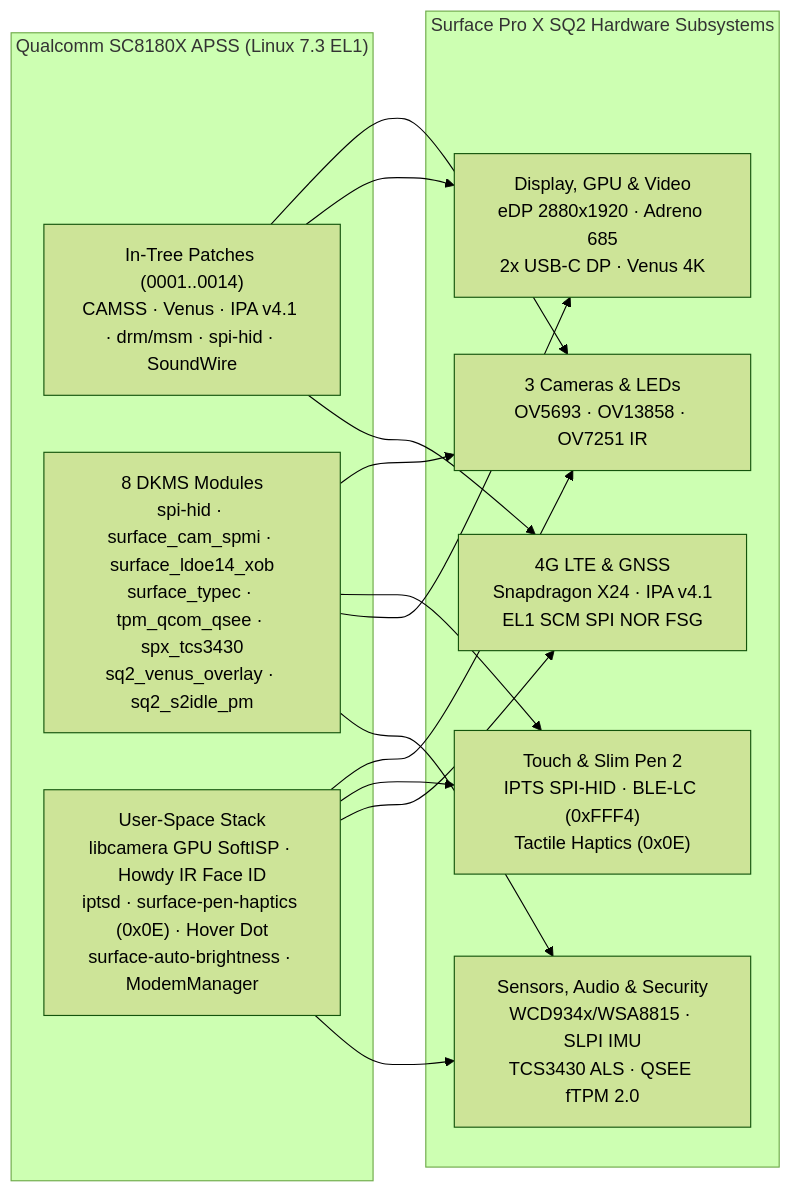
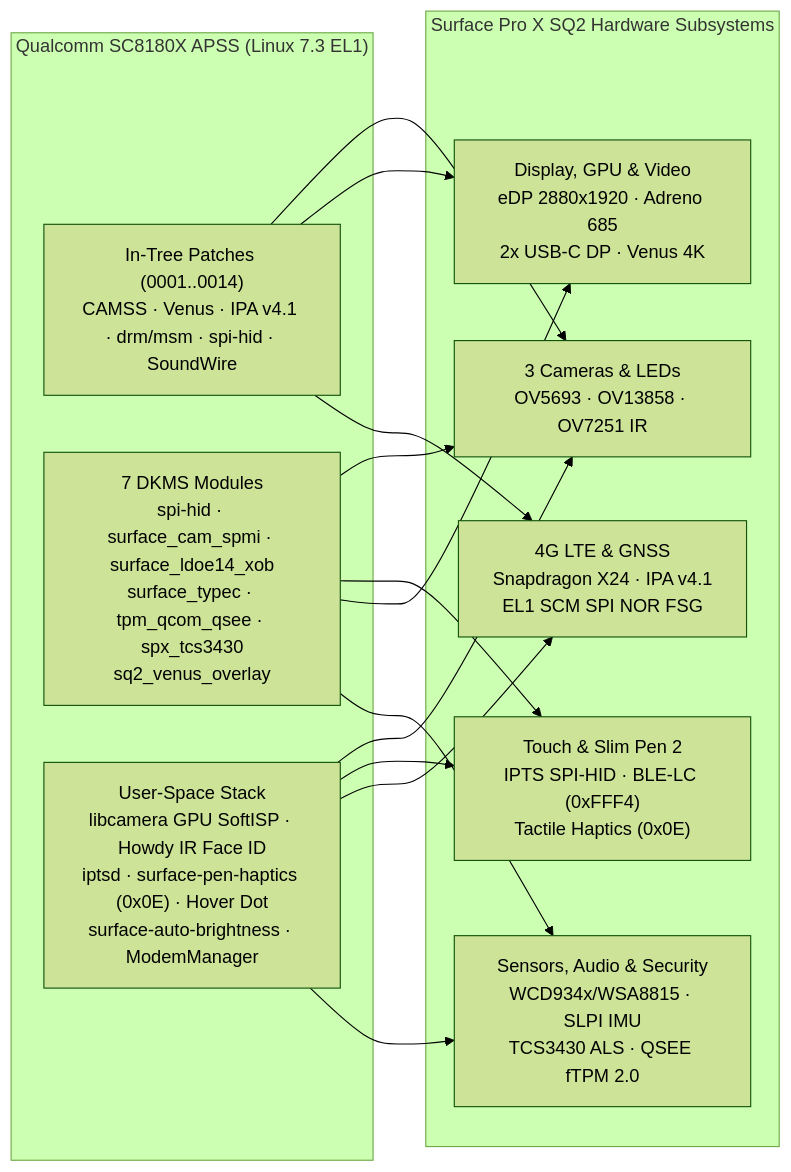
One commit to robertijtsma/surface-pro-x-sq2-linux changed the diagram in README.md. Above: the diagram before and after it, drawn with Mermaid (forest theme). The commit also changed other lines of this file and 16 other files, not shown here.

Commit message:
fix(power): remove broken sq2_s2idle_pm module (causes SC8180X GENI/SPI/BT -110 hangs & boot blackscreen)

````diff
--- a/README.md
+++ b/README.md
@@ -96,20 +96,20 @@
 ```mermaid
 flowchart LR
     subgraph APSS["Qualcomm SC8180X APSS (Linux 7.3 EL1)"]
         K["In-Tree Patches (0001..0014)<br/>CAMSS · Venus · IPA v4.1 · drm/msm · spi-hid · SoundWire"]
-        D["8 DKMS Modules<br/>spi-hid · surface_cam_spmi · surface_ldoe14_xob<br/>surface_typec · tpm_qcom_qsee · spx_tcs3430<br/>sq2_venus_overlay · sq2_s2idle_pm"]
+        D["7 DKMS Modules<br/>spi-hid · surface_cam_spmi · surface_ldoe14_xob<br/>surface_typec · tpm_qcom_qsee · spx_tcs3430<br/>sq2_venus_overlay"]
         U["User-Space Stack<br/>libcamera GPU SoftISP · Howdy IR Face ID<br/>iptsd · surface-pen-haptics (0x0E) · Hover Dot<br/>surface-auto-brightness · ModemManager"]
     end
 
     subgraph HW["Surface Pro X SQ2 Hardware Subsystems"]
         CAM["3 Cameras & LEDs<br/>OV5693 · OV13858 · OV7251 IR"]
         PEN["Touch & Slim Pen 2<br/>IPTS SPI-HID · BLE-LC (0xFFF4)<br/>Tactile Haptics (0x0E)"]
         MOD["4G LTE & GNSS<br/>Snapdragon X24 · IPA v4.1<br/>EL1 SCM SPI NOR FSG"]
         VID["Display, GPU & Video<br/>eDP 2880x1920 · Adreno 685<br/>2x USB-C DP · Venus 4K"]
         SEC["Sensors, Audio & Security<br/>WCD934x/WSA8815 · SLPI IMU<br/>TCS3430 ALS · QSEE fTPM 2.0"]
     end
 
     K --> CAM & VID & MOD
     D --> CAM & PEN & VID & SEC
     U --> CAM & PEN & MOD & SEC
 ```
````
